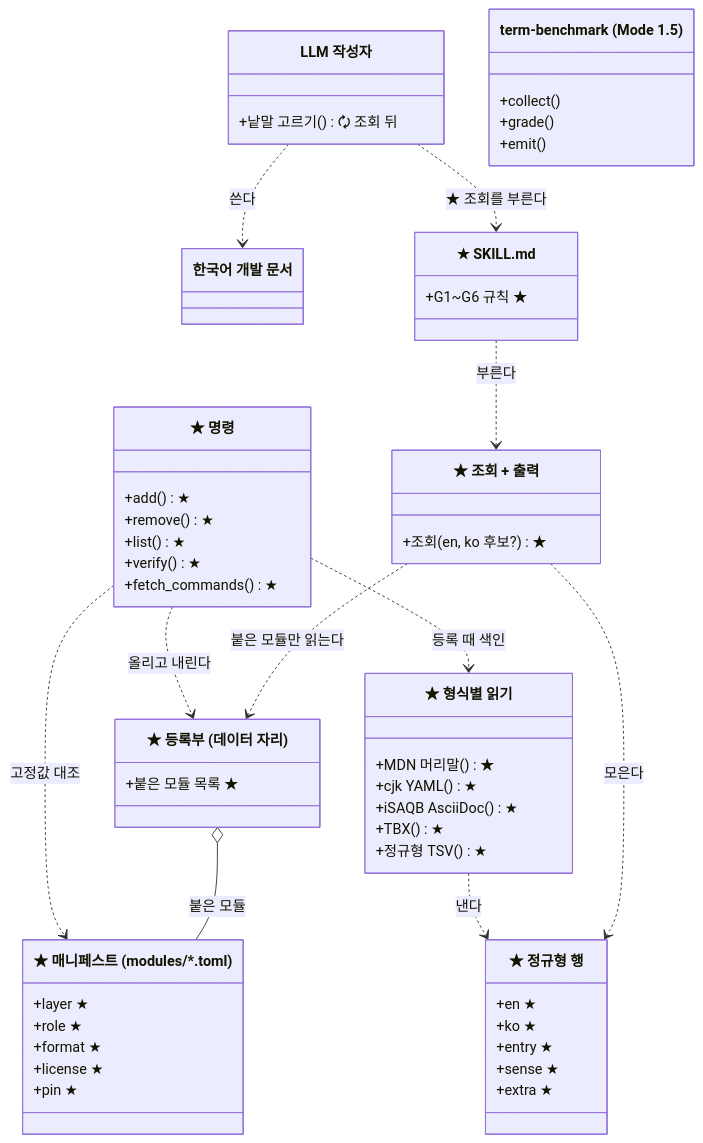
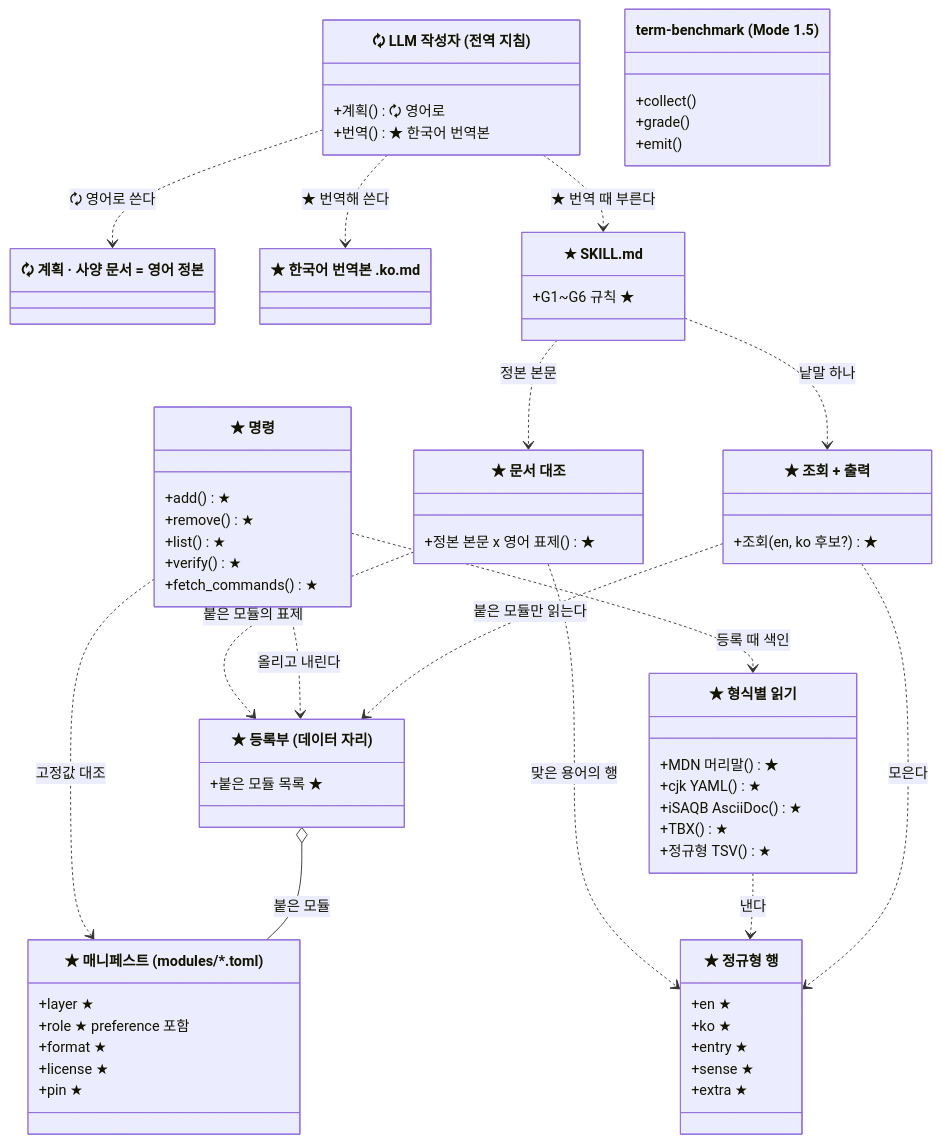
Before and after one commit to DogGuyMan/Agent-Report-Build-Pipeline: the second of 9 diagrams in docs/superpowers/plans/2026-10-28-ko-dev-terms.md, drawn with Mermaid. The commit also changed other lines of this file and 1 other file, not shown here.

````diff
--- a/docs/superpowers/plans/2026-10-28-ko-dev-terms.md
+++ b/docs/superpowers/plans/2026-10-28-ko-dev-terms.md
@@ -142,59 +162,68 @@
 ```mermaid
 classDiagram
-    class Writer["LLM 작성자"] {
-        +낱말 고르기() 🗘 조회 뒤
+    class Writer["🗘 LLM 작성자 (전역 지침)"] {
+        +계획() 🗘 영어로
+        +번역() ★ 한국어 번역본
     }
-    class Doc["한국어 개발 문서"]
+    class Doc["🗘 계획 · 사양 문서 = 영어 정본"]
+    class KoDoc["★ 한국어 번역본 .ko.md"]
     class TermBench["term-benchmark (Mode 1.5)"] {
         +collect()
         +grade()
         +emit()
     }
     class Skill["★ SKILL.md"] {
         +G1~G6 규칙 ★
+    }
+    class Matcher["★ 문서 대조"] {
+        +정본 본문 x 영어 표제() ★
     }
     class Cli["★ 명령"] {
         +add() ★
         +remove() ★
         +list() ★
         +verify() ★
         +fetch_commands() ★
     }
     class Registry["★ 등록부 (데이터 자리)"] {
         +붙은 모듈 목록 ★
     }
     class Manifest["★ 매니페스트 (modules/*.toml)"] {
         +layer ★
-        +role ★
+        +role ★ preference 포함
         +format ★
         +license ★
         +pin ★
     }
     class Reader["★ 형식별 읽기"] {
         +MDN 머리말() ★
         +cjk YAML() ★
         +iSAQB AsciiDoc() ★
         +TBX() ★
         +정규형 TSV() ★
     }
     class Row["★ 정규형 행"] {
         +en ★
         +ko ★
         +entry ★
         +sense ★
         +extra ★
     }
     class Query["★ 조회 + 출력"] {
         +조회(en, ko 후보?) ★
     }
-    Writer ..> Skill : ★ 조회를 부른다
-    Writer ..> Doc : 쓴다
-    Skill ..> Query : 부른다
+    Writer ..> Doc : 🗘 영어로 쓴다
+    Writer ..> KoDoc : ★ 번역해 쓴다
+    Writer ..> Skill : ★ 번역 때 부른다
+    Skill ..> Matcher : 정본 본문
+    Skill ..> Query : 낱말 하나
+    Matcher ..> Registry : 붙은 모듈의 표제
+    Matcher ..> Row : 맞은 용어의 행
     Cli ..> Registry : 올리고 내린다
     Cli ..> Manifest : 고정값 대조
     Registry o-- Manifest : 붙은 모듈
     Reader ..> Row : 낸다
     Cli ..> Reader : 등록 때 색인
     Query ..> Registry : 붙은 모듈만 읽는다
     Query ..> Row : 모은다
 ```
````
